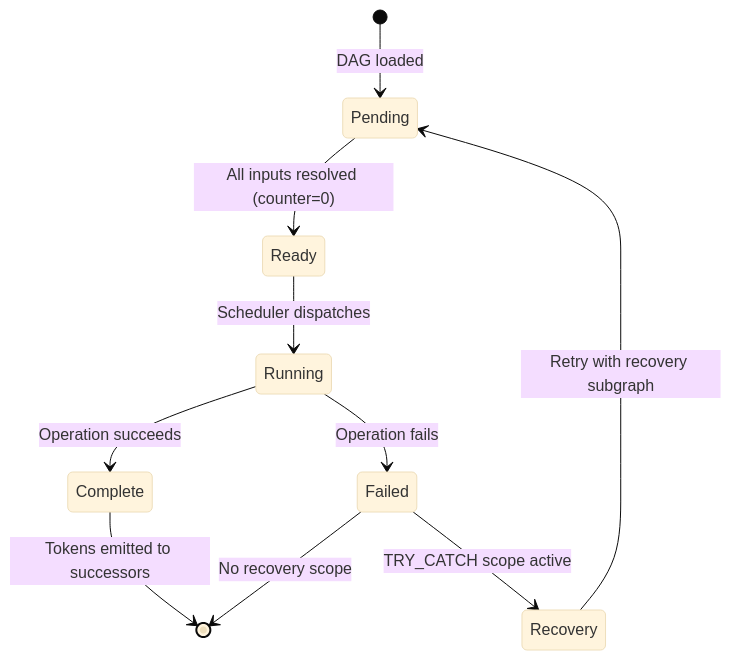
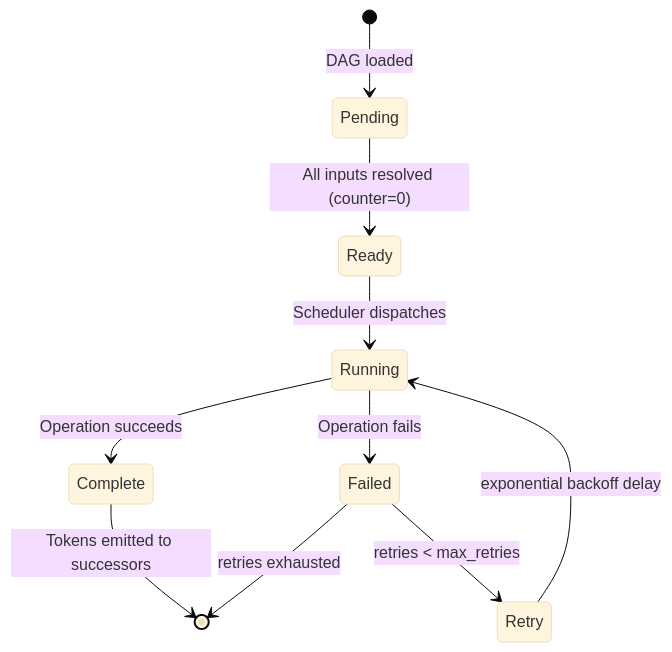
Before and after one commit to apxm-project/agents: the fourth of 4 diagrams in docs/implementation/runtime/tasks.md, drawn with Mermaid (base theme). The commit also changed other lines of this file and 54 other files, not shown here.

````diff
--- a/docs/implementation/runtime/tasks.md
+++ b/docs/implementation/runtime/tasks.md
@@ -202,12 +195,12 @@
 ```mermaid
 stateDiagram-v2
     [*] --> Pending: DAG loaded
     Pending --> Ready: All inputs resolved (counter=0)
     Ready --> Running: Scheduler dispatches
     Running --> Complete: Operation succeeds
     Running --> Failed: Operation fails
     Complete --> [*]: Tokens emitted to successors
-    Failed --> Recovery: TRY_CATCH scope active
-    Failed --> [*]: No recovery scope
-    Recovery --> Pending: Retry with recovery subgraph
+    Failed --> Retry: retries < max_retries
+    Failed --> [*]: retries exhausted
+    Retry --> Running: exponential backoff delay
 ```
````
